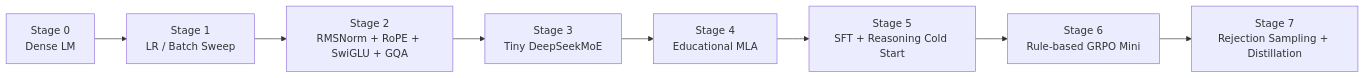
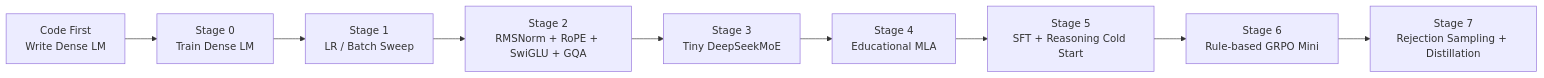
One commit to legend91019/TinySeek-Lab changed the first of 2 diagrams in README.md. Above: the diagram before and after it, drawn with Mermaid. The commit also changed other lines of this file and 8 other files, not shown here.

Commit message:
Add code-first dense LM tutorial path

````diff
--- a/README.md
+++ b/README.md
@@ -41,10 +43,11 @@
 ```mermaid
 flowchart LR
-  A["Stage 0<br/>Dense LM"] --> B["Stage 1<br/>LR / Batch Sweep"]
+  Z["Code First<br/>Write Dense LM"] --> A["Stage 0<br/>Train Dense LM"]
+  A --> B["Stage 1<br/>LR / Batch Sweep"]
   B --> C["Stage 2<br/>RMSNorm + RoPE + SwiGLU + GQA"]
   C --> D["Stage 3<br/>Tiny DeepSeekMoE"]
   D --> E["Stage 4<br/>Educational MLA"]
   E --> F["Stage 5<br/>SFT + Reasoning Cold Start"]
   F --> G["Stage 6<br/>Rule-based GRPO Mini"]
   G --> H["Stage 7<br/>Rejection Sampling + Distillation"]
 ```
````
